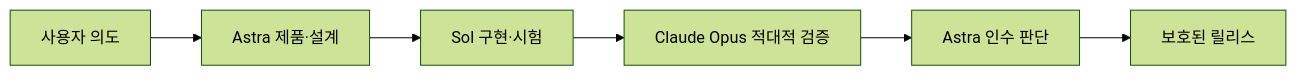
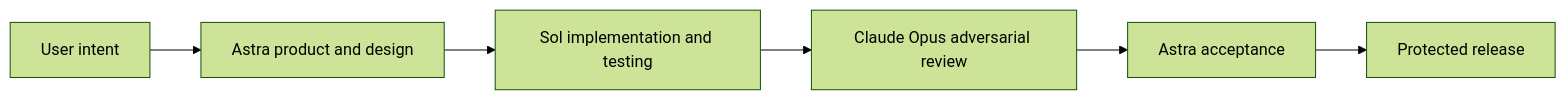
One commit to telicity-ai/zeropw changed the diagram in docs/harness.md. Above: the diagram before and after it, drawn with Mermaid (forest theme). The commit also changed other lines of this file and 3 other files, not shown here.

````diff
--- a/docs/harness.md
+++ b/docs/harness.md
@@ -19,8 +19,8 @@
 ```mermaid
 flowchart LR
-  U[사용자 의도] --> A[Astra 제품·설계]
-  A --> S[Sol 구현·시험]
-  S --> O[Claude Opus 적대적 검증]
-  O --> R[Astra 인수 판단]
-  R --> P[보호된 릴리스]
+  U[User intent] --> A[Astra product and design]
+  A --> S[Sol implementation and testing]
+  S --> O[Claude Opus adversarial review]
+  O --> R[Astra acceptance]
+  R --> P[Protected release]
 ```
````
